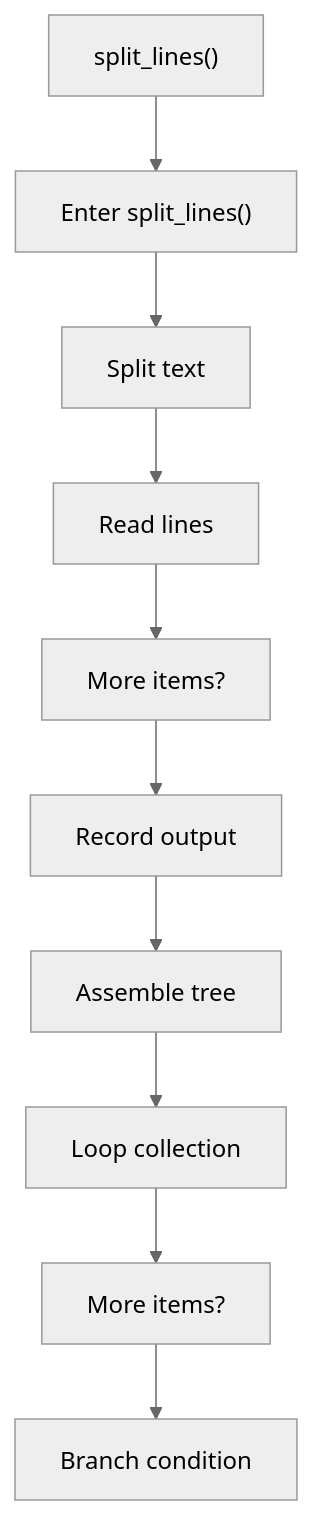
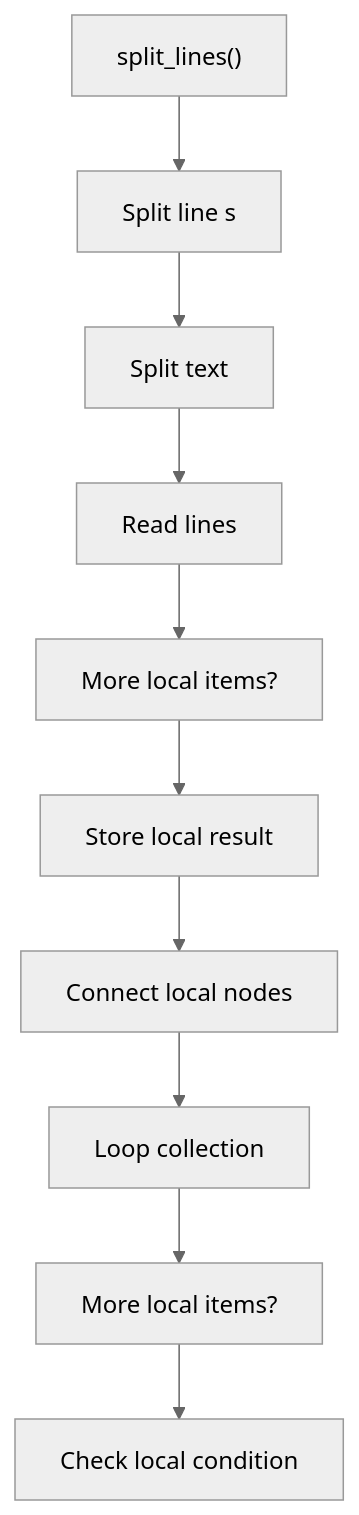
Before and after one commit to JohnAndrewBalbarosa/NeoTerritory: the first of 2 diagrams in docs/Codebase/Microservice/Modules/Source/Trees/ClassGeneration/Actual/Internal/Line/Flow/functions/split_lines.cpp.md, drawn with Mermaid (neutral theme). The commit also changed other lines of this file and 915 other files, not shown here.

````diff
--- a/docs/Codebase/Microservice/Modules/Source/Trees/ClassGeneration/Actual/Internal/Line/Flow/functions/split_lines.cpp.md
+++ b/docs/Codebase/Microservice/Modules/Source/Trees/ClassGeneration/Actual/Internal/Line/Flow/functions/split_lines.cpp.md
@@ -28,22 +28,22 @@
 ```mermaid
 flowchart TD
     N0["split_lines()"]
-    N1["Enter split_lines()"]
+    N1["Split line s"]
     N2["Split text"]
     N3["Read lines"]
-    N4["More items?"]
-    N5["Record output"]
-    N6["Assemble tree"]
+    N4["More local items?"]
+    N5["Store local result"]
+    N6["Connect local nodes"]
     N7["Loop collection"]
-    N8["More items?"]
-    N9["Branch condition"]
+    N8["More local items?"]
+    N9["Check local condition"]
     N0 --> N1
     N1 --> N2
     N2 --> N3
     N3 --> N4
     N4 --> N5
     N5 --> N6
     N6 --> N7
     N7 --> N8
     N8 --> N9
 ```
````
